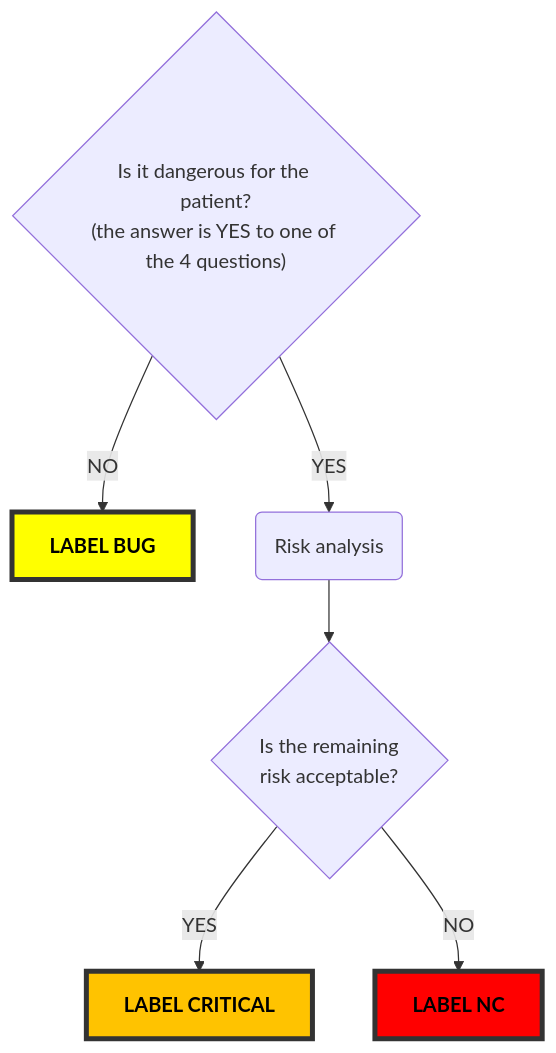
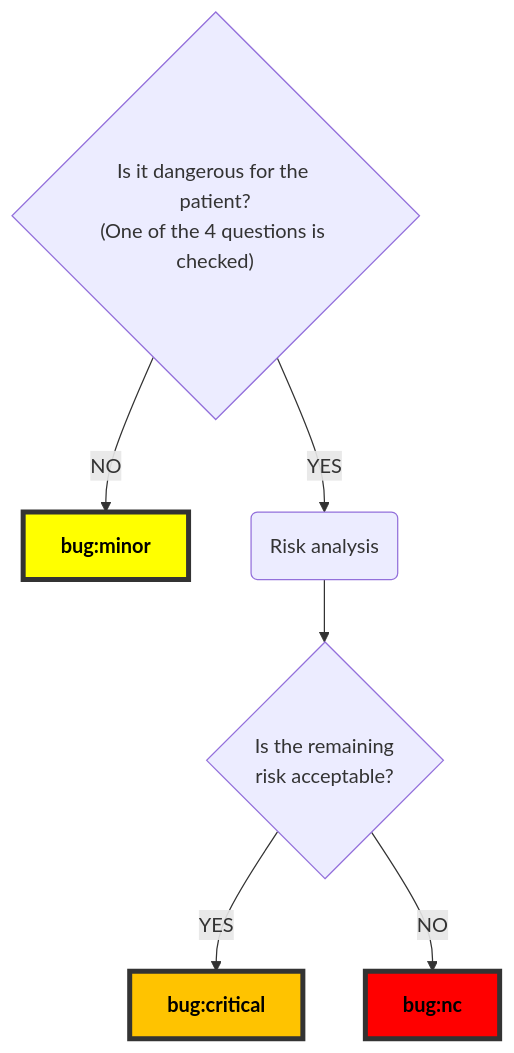
The diagram in .github/ISSUE_TEMPLATE/bug_issue_template.md (eove/.github), drawn with Mermaid before and after one commit. The commit also changed other lines of this file and 6 other files, not shown here.

````diff
--- a/.github/ISSUE_TEMPLATE/bug_issue_template.md
+++ b/.github/ISSUE_TEMPLATE/bug_issue_template.md
@@ -32,15 +32,15 @@
 ```mermaid
 graph TD
-    D{"Is it dangerous for the patient?<br/>(the answer is YES to one of the 4 questions)"}
-    D --NO--> E[LABEL BUG]
-    D --YES--> G(Risk analysis)
-    --> H{Is the remaining<br/>risk acceptable?}
-    H --YES--> I[LABEL CRITICAL]
-    H --NO--> J[LABEL NC]
+    DANGER_QUESTION{"Is it dangerous for the patient?<br/>(One of the 4 questions is checked)"}
+    DANGER_QUESTION --NO--> MINOR_BUG[bug:minor]
+    DANGER_QUESTION --YES--> RISK(Risk analysis)
+    RISK --> RISK_QUESTION{Is the remaining<br/>risk acceptable?}
+    RISK_QUESTION --YES--> CRITICAL_BUG[bug:critical]
+    RISK_QUESTION --NO--> NON_CONFORM_BUG[bug:nc]
 
 classDef Tag stroke:#333,color:#000, stroke-width:4px, font-weight: bold
-class E,I,J Tag;
-style E fill:#FFFF00
-style I fill:#FFC300
-style J fill:#FF0000
+class MINOR_BUG,CRITICAL_BUG,NON_CONFORM_BUG,FEATURE Tag;
+style MINOR_BUG fill:#FFFF00
+style CRITICAL_BUG fill:#FFC300
+style NON_CONFORM_BUG fill:#FF0000
 ```
````
